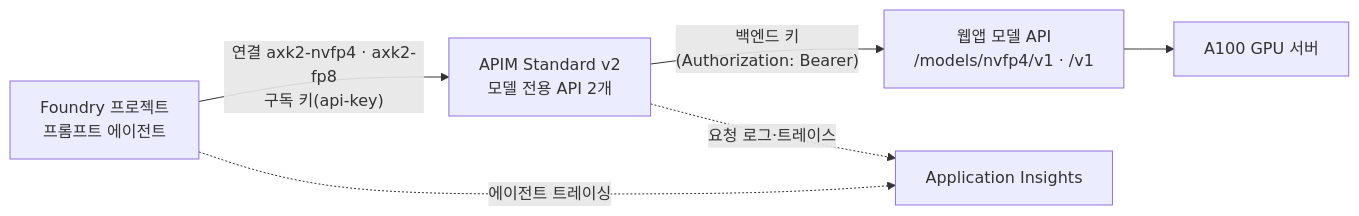
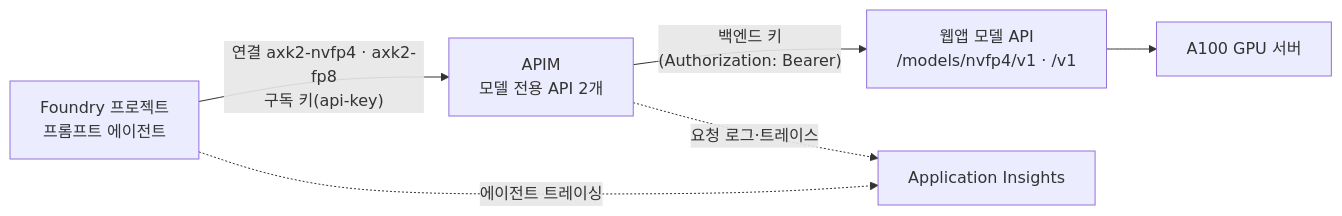
One commit to EON-LEE/sk-ax-azure changed the diagram in demo/foundry-byom/README.md. Above: the diagram before and after it, drawn with Mermaid. The commit also changed other lines of this file, not shown here.

First line of the commit message:
Document the F3 ablation, body capture, temperature 0.3 and D-1 results in the Foundry BYOM README

````diff
--- a/demo/foundry-byom/README.md
+++ b/demo/foundry-byom/README.md
@@ -28,8 +29,8 @@
 ```mermaid
 flowchart LR
-    A["Foundry 프로젝트<br/>프롬프트 에이전트"] -->|"연결 axk2-nvfp4 · axk2-fp8<br/>구독 키(api-key)"| B["APIM Standard v2<br/>모델 전용 API 2개"]
+    A["Foundry 프로젝트<br/>프롬프트 에이전트"] -->|"연결 axk2-nvfp4 · axk2-fp8<br/>구독 키(api-key)"| B["APIM<br/>모델 전용 API 2개"]
     B -->|"백엔드 키<br/>(Authorization: Bearer)"| C["웹앱 모델 API<br/>/models/nvfp4/v1 · /v1"]
     C --> D["A100 GPU 서버"]
     B -.->|"요청 로그·트레이스"| E["Application Insights"]
     A -.->|"에이전트 트레이싱"| E
 ```
````
